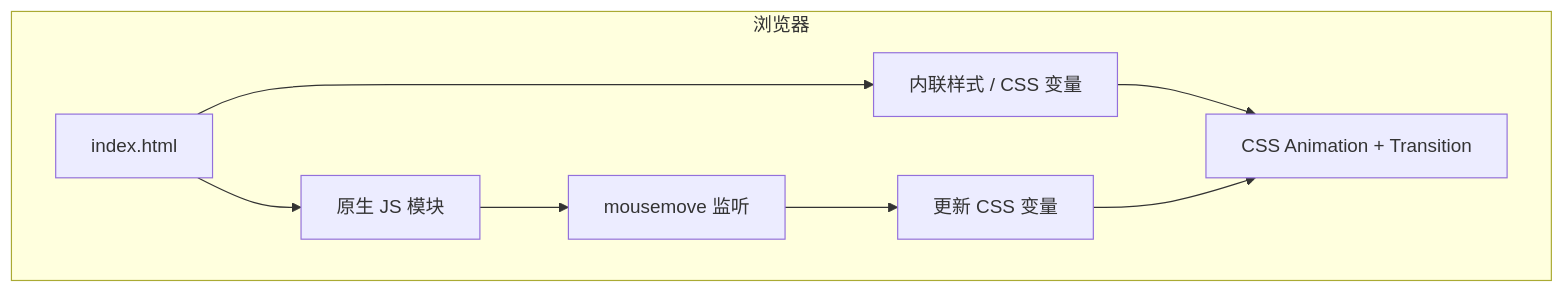
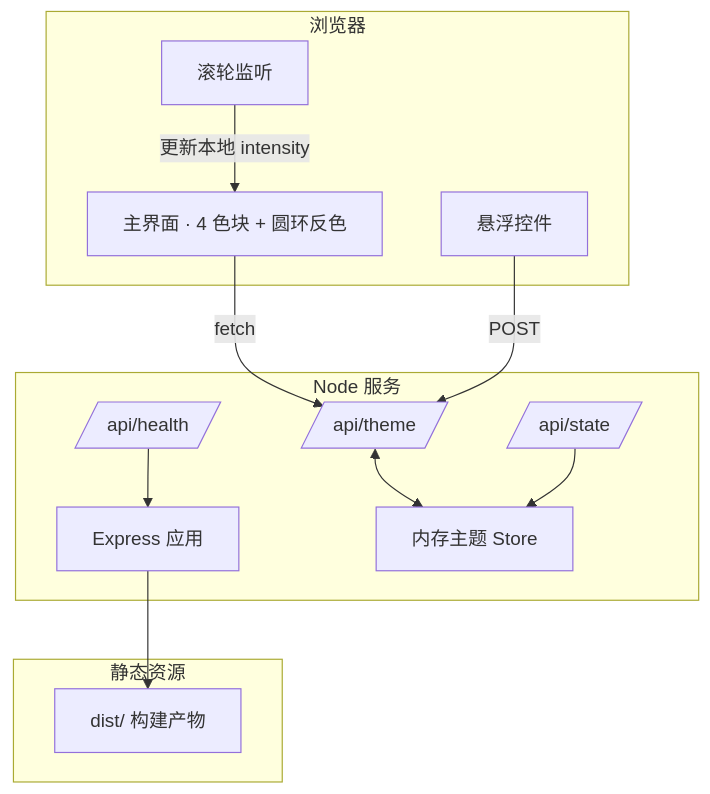
Before and after one commit to woshiabc55/AE: the diagram in .trae/documents/TECH.md, drawn with Mermaid. The commit also changed other lines of this file and 18 other files, not shown here.

````diff
--- a/.trae/documents/TECH.md
+++ b/.trae/documents/TECH.md
@@ -7,11 +7,26 @@
 ```mermaid
 flowchart TB
   subgraph 浏览器
-    HTML[index.html] --> CSS[内联样式 / CSS 变量]
-    HTML --> JS[原生 JS 模块]
-    CSS --> Anim[CSS Animation + Transition]
-    JS --> Listener[mousemove 监听]
-    Listener --> CSSVars[更新 CSS 变量]
-    CSSVars --> Anim
+    UI[主界面 · 4 色块 + 圆环反色]
+    Widget[悬浮控件]
+    Wheel[滚轮监听]
   end
+  subgraph Node 服务
+    Express[Express 应用]
+    ThemeAPI[/api/theme/]
+    StateAPI[/api/state/]
+    HealthAPI[/api/health/]
+    Store[内存主题 Store]
+  end
+  subgraph 静态资源
+    ViteOut[dist/ 构建产物]
+  end
+
+  UI -- fetch --> ThemeAPI
+  Widget -- POST --> ThemeAPI
+  Wheel -- 更新本地 intensity --> UI
+  ThemeAPI <--> Store
+  StateAPI --> Store
+  Express --> ViteOut
+  HealthAPI --> Express
 ```
````
